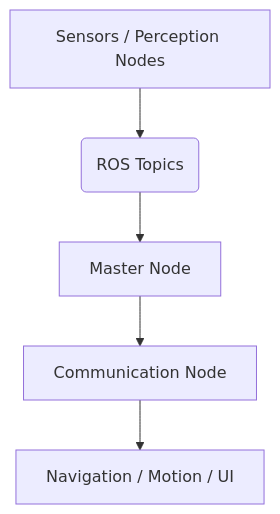
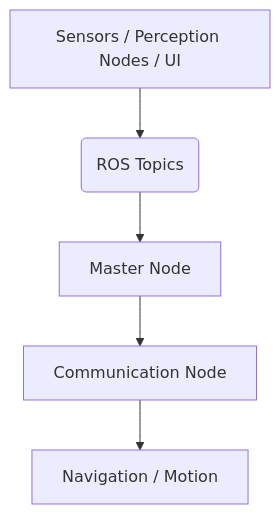
The diagram in README.md (Wild3005/Mobile_Robot_RAISA), drawn with Mermaid before and after one commit.

Commit message:
Update architecture diagram in README

`````diff
--- a/README.md
+++ b/README.md
@@ -85,7 +85,7 @@
 ```mermaid
 graph TD
-    A[Sensors / Perception Nodes] --> B(ROS Topics)
+    A[Sensors / Perception Nodes / UI] --> B(ROS Topics)
     B --> C[Master Node]
     C --> D[Communication Node]
-    D --> E[Navigation / Motion / UI]
+    D --> E[Navigation / Motion]
 ````
`````
